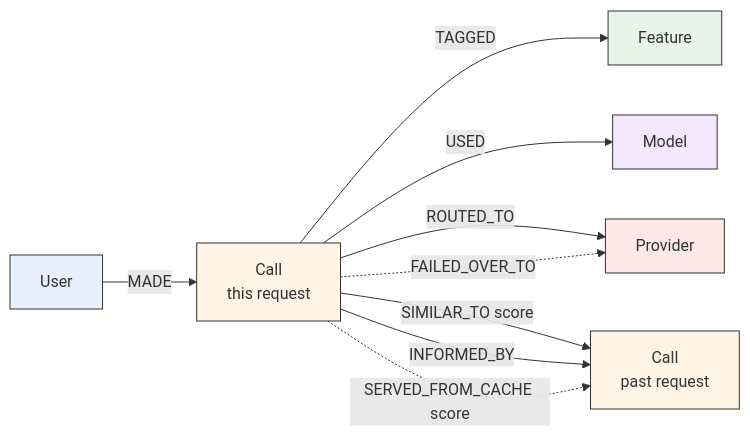
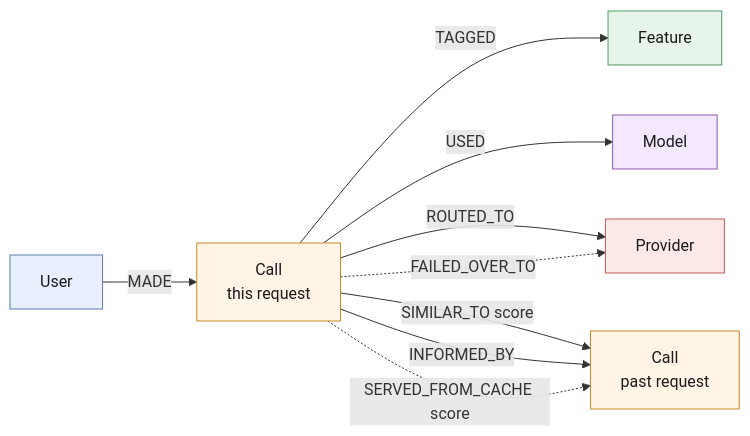
Before and after one commit to kshubham090/contextual-llm-gateway: the third of 3 diagrams in README.md, drawn with Mermaid. The commit also changed other lines of this file, not shown here.

First line of the commit message:
Fix README diagram rendering: invisible links + dark-mode-safe colors

````diff
--- a/README.md
+++ b/README.md
@@ -154,26 +138,28 @@
 ```mermaid
 flowchart LR
     U["User"]
     C["Call<br/>this request"]
     C2["Call<br/>past request"]
     F["Feature"]
     M["Model"]
     P["Provider"]
 
-    style U fill:#E8F0FE,stroke:#333
-    style C fill:#FFF4E5,stroke:#333
-    style C2 fill:#FFF4E5,stroke:#333
-    style F fill:#E6F4EA,stroke:#333
-    style M fill:#F3E8FD,stroke:#333
-    style P fill:#FDE8E8,stroke:#333
+    %% Explicit dark text on light fills — stays readable in GitHub dark mode,
+    %% where the theme's default text color is light grey.
+    style U fill:#E8F0FE,stroke:#5B7DB1,color:#1a1a1a
+    style C fill:#FFF4E5,stroke:#C98A2B,color:#1a1a1a
+    style C2 fill:#FFF4E5,stroke:#C98A2B,color:#1a1a1a
+    style F fill:#E6F4EA,stroke:#4C9A66,color:#1a1a1a
+    style M fill:#F3E8FD,stroke:#8E5BB1,color:#1a1a1a
+    style P fill:#FDE8E8,stroke:#C25B5B,color:#1a1a1a
 
     U -->|MADE| C
     C -->|TAGGED| F
     C -->|USED| M
     C -->|ROUTED_TO| P
     C -.->|FAILED_OVER_TO| P
     C -->|SIMILAR_TO score| C2
     C -->|INFORMED_BY| C2
     C -.->|SERVED_FROM_CACHE score| C2
 
 ```
````
